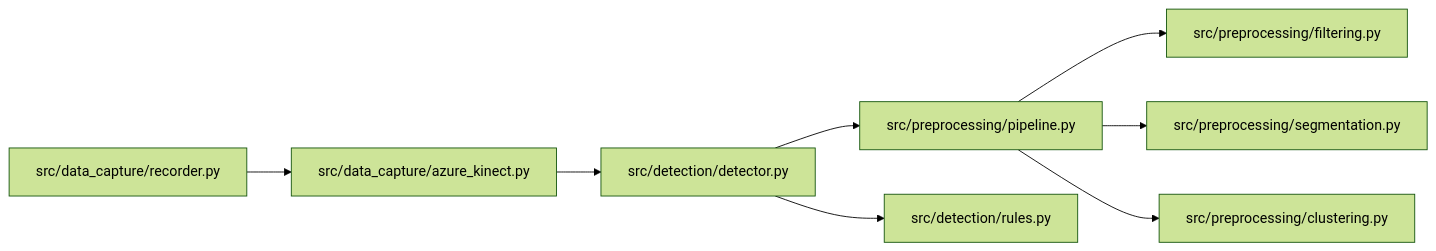
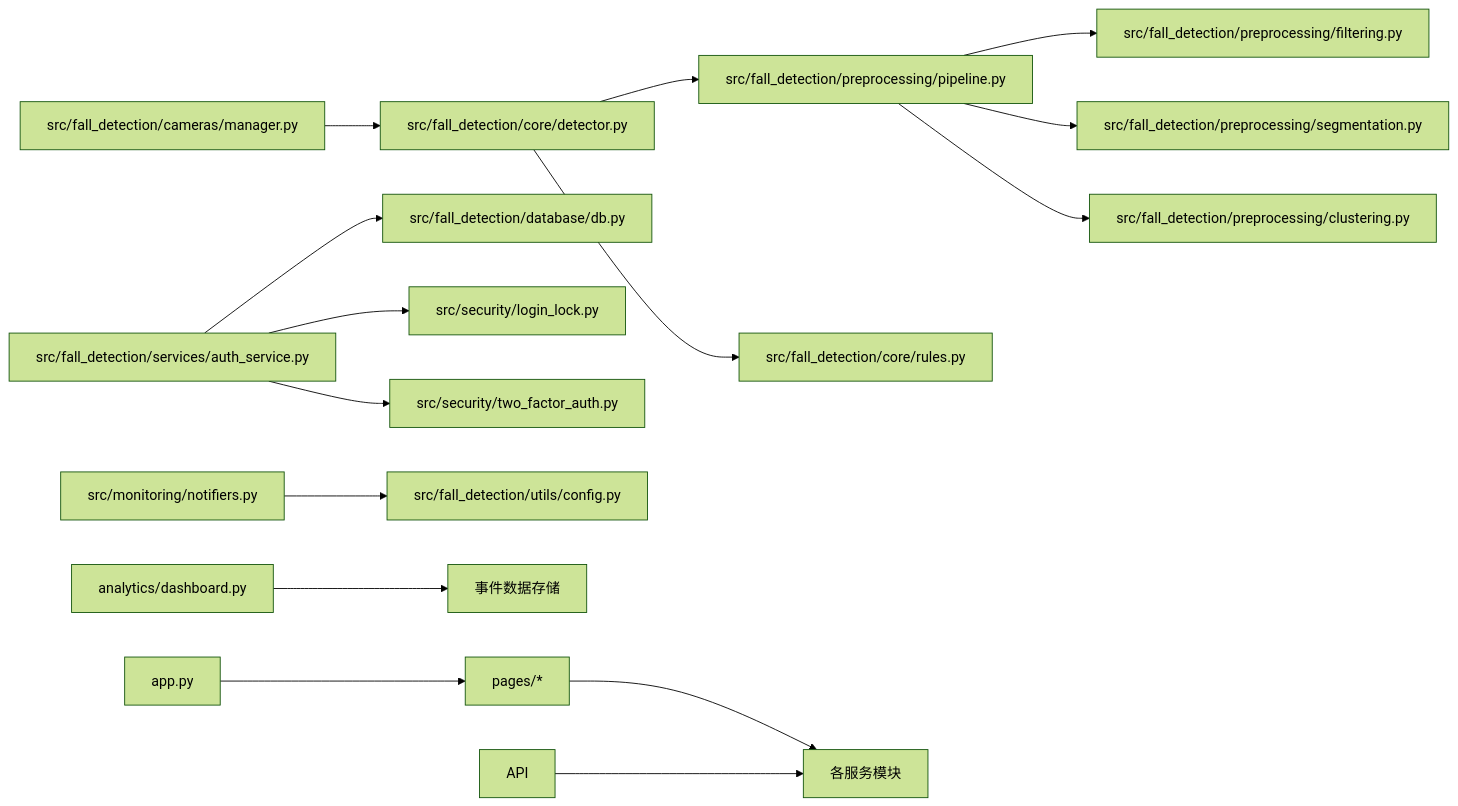
Diagram 11 of 11 in .qoder/repowiki/zh/content/核心模块/核心模块.md (nanfeng2021/fall-detection-system), drawn with Mermaid (forest theme) before and after one commit. The commit also changed other lines of this file and 16 other files, not shown here.

````diff
--- a/.qoder/repowiki/zh/content/核心模块/核心模块.md
+++ b/.qoder/repowiki/zh/content/核心模块/核心模块.md
@@ -253,10 +640,17 @@
 ```mermaid
 graph LR
-Detector["src/detection/detector.py"] --> Pipeline["src/preprocessing/pipeline.py"]
-Pipeline --> Filter["src/preprocessing/filtering.py"]
-Pipeline --> Segment["src/preprocessing/segmentation.py"]
-Pipeline --> Cluster["src/preprocessing/clustering.py"]
-Detector --> Rules["src/detection/rules.py"]
-Camera["src/data_capture/azure_kinect.py"] --> Detector
-Recorder["src/data_capture/recorder.py"] --> Camera
+Detector["src/fall_detection/core/detector.py"] --> Pipeline["src/fall_detection/preprocessing/pipeline.py"]
+Pipeline --> Filter["src/fall_detection/preprocessing/filtering.py"]
+Pipeline --> Segment["src/fall_detection/preprocessing/segmentation.py"]
+Pipeline --> Cluster["src/fall_detection/preprocessing/clustering.py"]
+Detector --> Rules["src/fall_detection/core/rules.py"]
+Camera["src/fall_detection/cameras/manager.py"] --> Detector
+AuthService["src/fall_detection/services/auth_service.py"] --> DB["src/fall_detection/database/db.py"]
+AuthService --> LockMgr["src/security/login_lock.py"]
+AuthService --> TwoFA["src/security/two_factor_auth.py"]
+Notifier["src/monitoring/notifiers.py"] --> Config["src/fall_detection/utils/config.py"]
+Analytics["analytics/dashboard.py"] --> Events["事件数据存储"]
+Pages["pages/*"] --> Services["各服务模块"]
+UI["app.py"] --> Pages
+API --> Services
 ```
````
